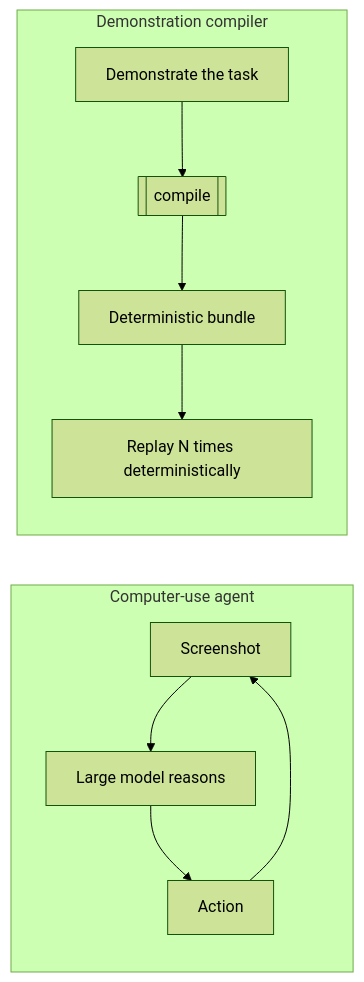
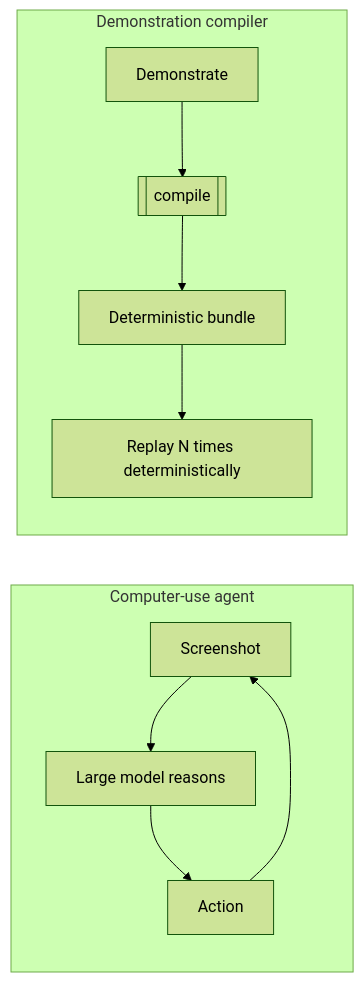
One commit to OpenAdaptAI/openadapt-ops changed the diagram in docs/concepts/demonstration-compiler.md. Above: the diagram before and after it, drawn with Mermaid (forest theme). The commit also changed other lines of this file and 31 other files, not shown here.

````diff
--- a/docs/concepts/demonstration-compiler.md
+++ b/docs/concepts/demonstration-compiler.md
@@ -14,12 +14,12 @@
 ```mermaid
 flowchart LR
     subgraph Agent["Computer-use agent"]
         direction TB
         a1[Screenshot] --> a2[Large model reasons] --> a3[Action] --> a1
     end
     subgraph OpenAdapt["Demonstration compiler"]
         direction TB
-        b1[Demonstrate the task] --> b2[[compile]] --> b3[Deterministic bundle]
+        b1[Demonstrate] --> b2[[compile]] --> b3[Deterministic bundle]
         b3 --> b4[Replay N times deterministically]
     end
 ```
````
